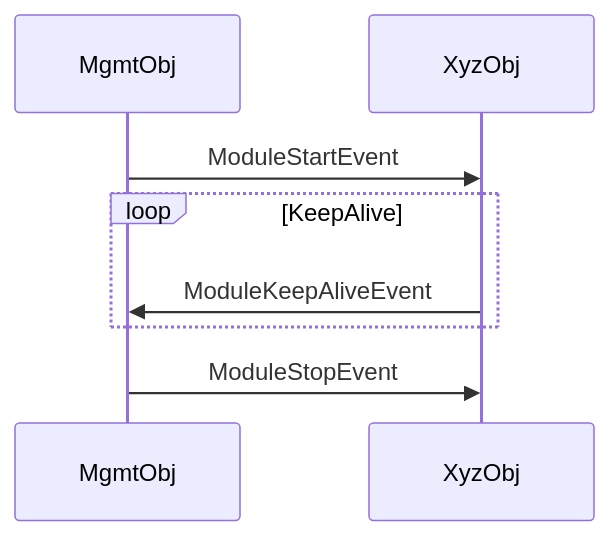
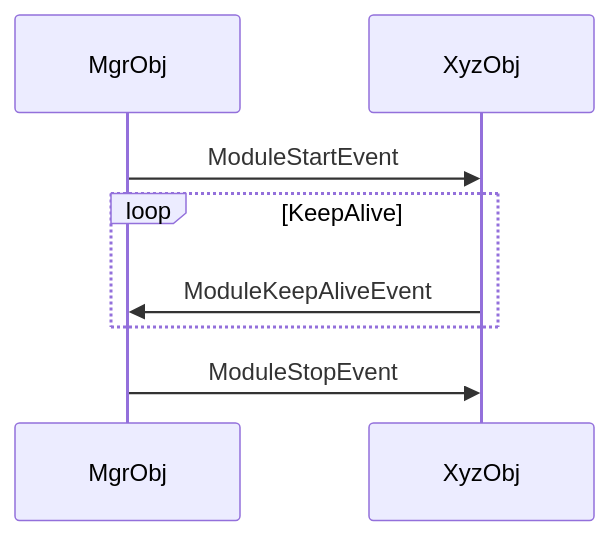
The fourth of 7 diagrams in Test/UT_ConlesEventDemoLiveCam.md (EnigmaWU/MyIOC_inTDD_withGHC), drawn with Mermaid before and after one commit. The commit also changed other lines of this file and 1 other file, not shown here.

Commit message:
[WIP] UT_ConlesEventDemoLiveCam(CodeCompletionBecomingSmooth)

````diff
--- a/Test/UT_ConlesEventDemoLiveCam.md
+++ b/Test/UT_ConlesEventDemoLiveCam.md
@@ -67,11 +67,11 @@
 ```mermaid
 sequenceDiagram
-    participant MgmtObj
+    participant MgrObj
     participant XyzObj
     
-    MgmtObj->>XyzObj: ModuleStartEvent
+    MgrObj->>XyzObj: ModuleStartEvent
     loop KeepAlive
-        XyzObj->>MgmtObj: ModuleKeepAliveEvent
+        XyzObj->>MgrObj: ModuleKeepAliveEvent
     end
-    MgmtObj->>XyzObj: ModuleStopEvent
+    MgrObj->>XyzObj: ModuleStopEvent
 ```
````
